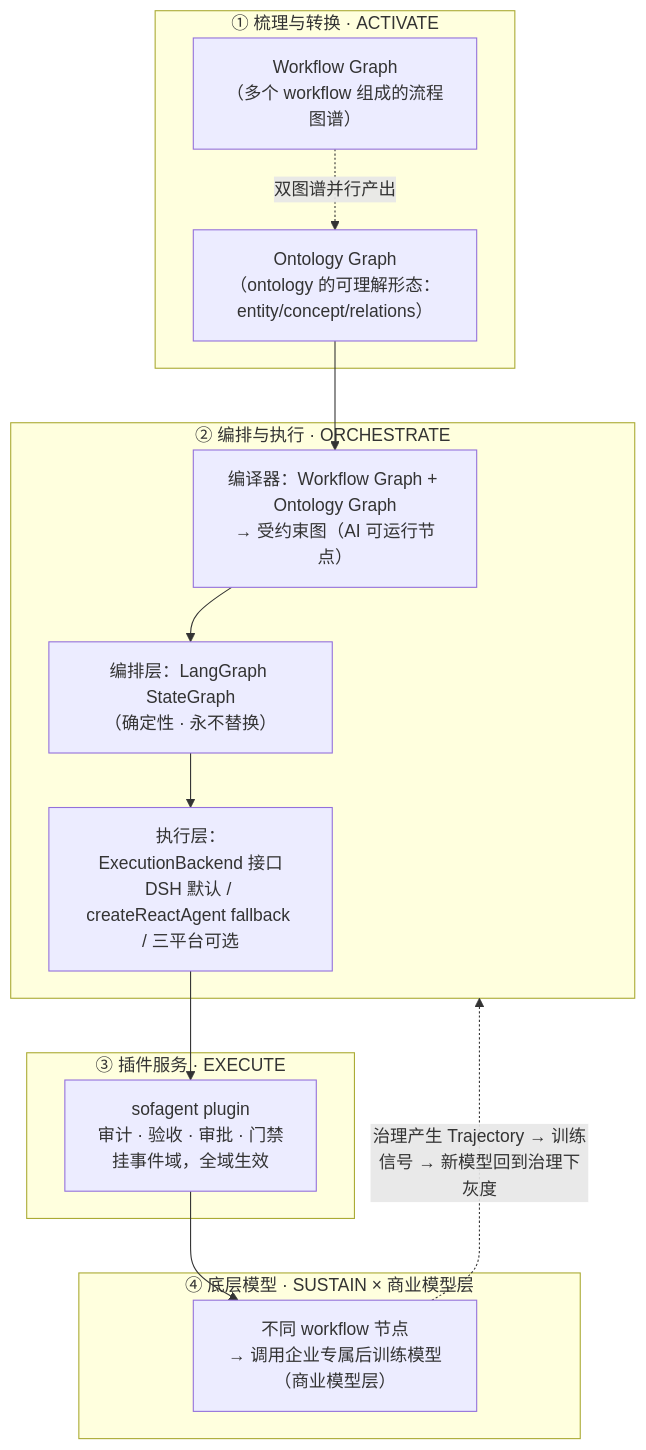
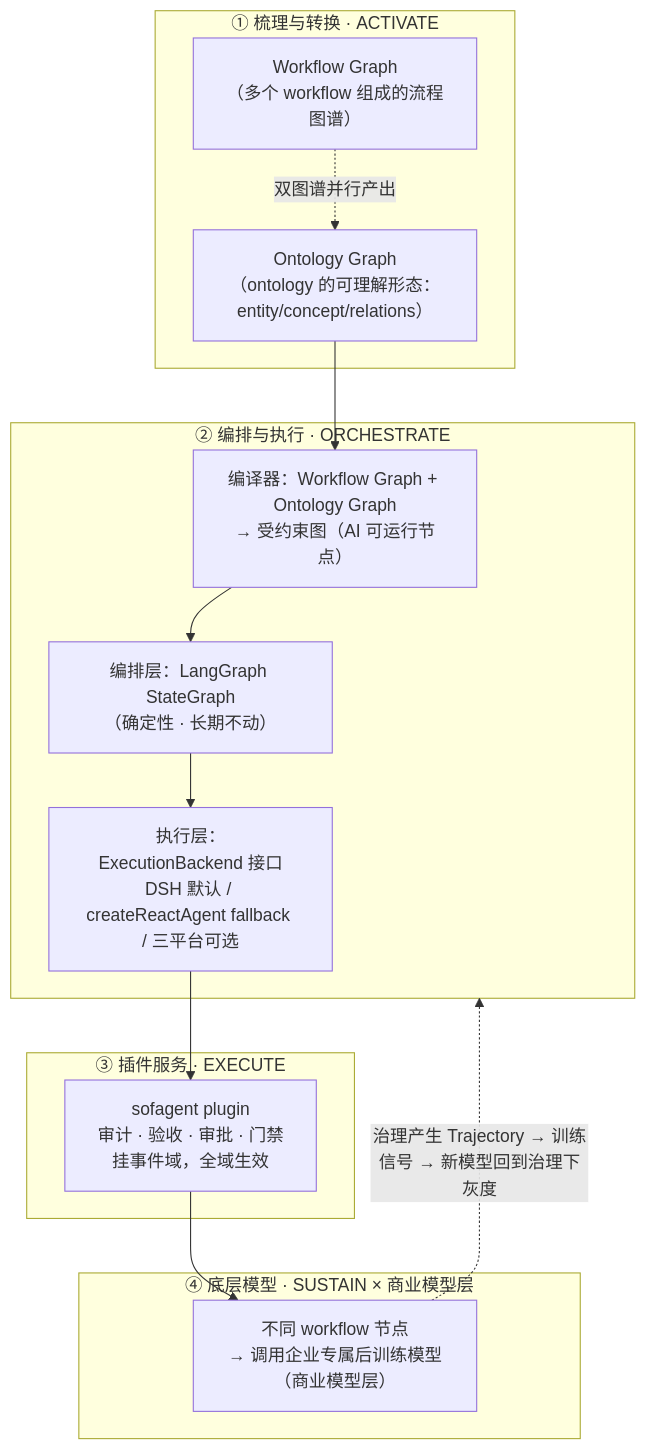
One commit to KongFangXun/sofagent changed the fourth of 10 diagrams in docs/ARCHITECTURE.md. Above: the diagram before and after it, drawn with Mermaid. The commit also changed other lines of this file and 2 other files, not shown here.

Commit message:
docs(validation+architecture): 温故知新 09-04 批次三项知识蒸馏落盘（用户授权）——①审计双重定位新增认识论层（候选事实经裁决升格正式事实，裁决/运行状态分离，append-only 互证）②沉淀复利载体是语义不是结果+沉淀须带适用边界（术语表理念层 + knowledge-maintain Gotcha 操作层，三副本已同步）③VALIDATION 新增角色契约六要素与岗位五缺口小节（互证行修净：删全仓 0 命中的 Spec 定岗/ActionTier，改用实测存在的 OpenAI 四件事就近互证）；三项均单源收录、来源行标注待证据链积累

````diff
--- a/docs/ARCHITECTURE.md
+++ b/docs/ARCHITECTURE.md
@@ -97,22 +97,22 @@
 ```mermaid
 graph TB
     subgraph L1["① 梳理与转换 · ACTIVATE"]
         G["Workflow Graph<br/>（多个 workflow 组成的流程图谱）"] 
         O["Ontology Graph<br/>（ontology 的可理解形态：entity/concept/relations）"]
         G -.双图谱并行产出.-> O
     end
     subgraph L2["② 编排与执行 · ORCHESTRATE"]
         C["编译器：Workflow Graph + Ontology Graph<br/>→ 受约束图（AI 可运行节点）"]
-        C --> ORCH["编排层：LangGraph StateGraph<br/>（确定性 · 永不替换）"]
+        C --> ORCH["编排层：LangGraph StateGraph<br/>（确定性 · 长期不动）"]
         ORCH --> BE["执行层：ExecutionBackend 接口<br/>DSH 默认 / createReactAgent fallback / 三平台可选"]
     end
     subgraph L3["③ 插件服务 · EXECUTE"]
         P["sofagent plugin<br/>审计 · 验收 · 审批 · 门禁<br/>挂事件域，全域生效"]
     end
     subgraph L4["④ 底层模型 · SUSTAIN × 商业模型层"]
         M["不同 workflow 节点<br/>→ 调用企业专属后训练模型（商业模型层）"]
     end
     O --> C
     BE --> P --> M
     M -.治理产生 Trajectory → 训练信号 → 新模型回到治理下灰度.-> L2
 ```
````
